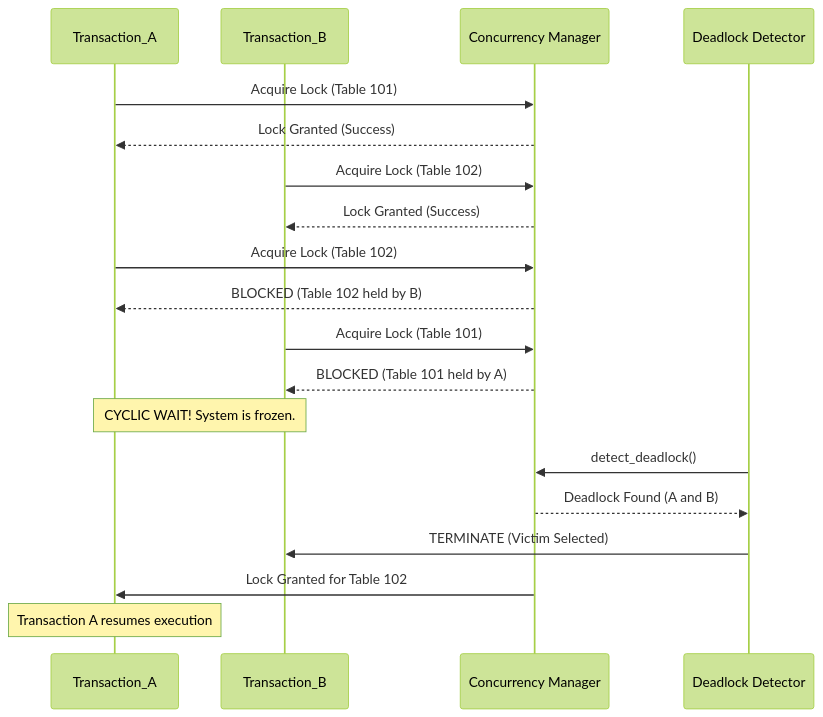
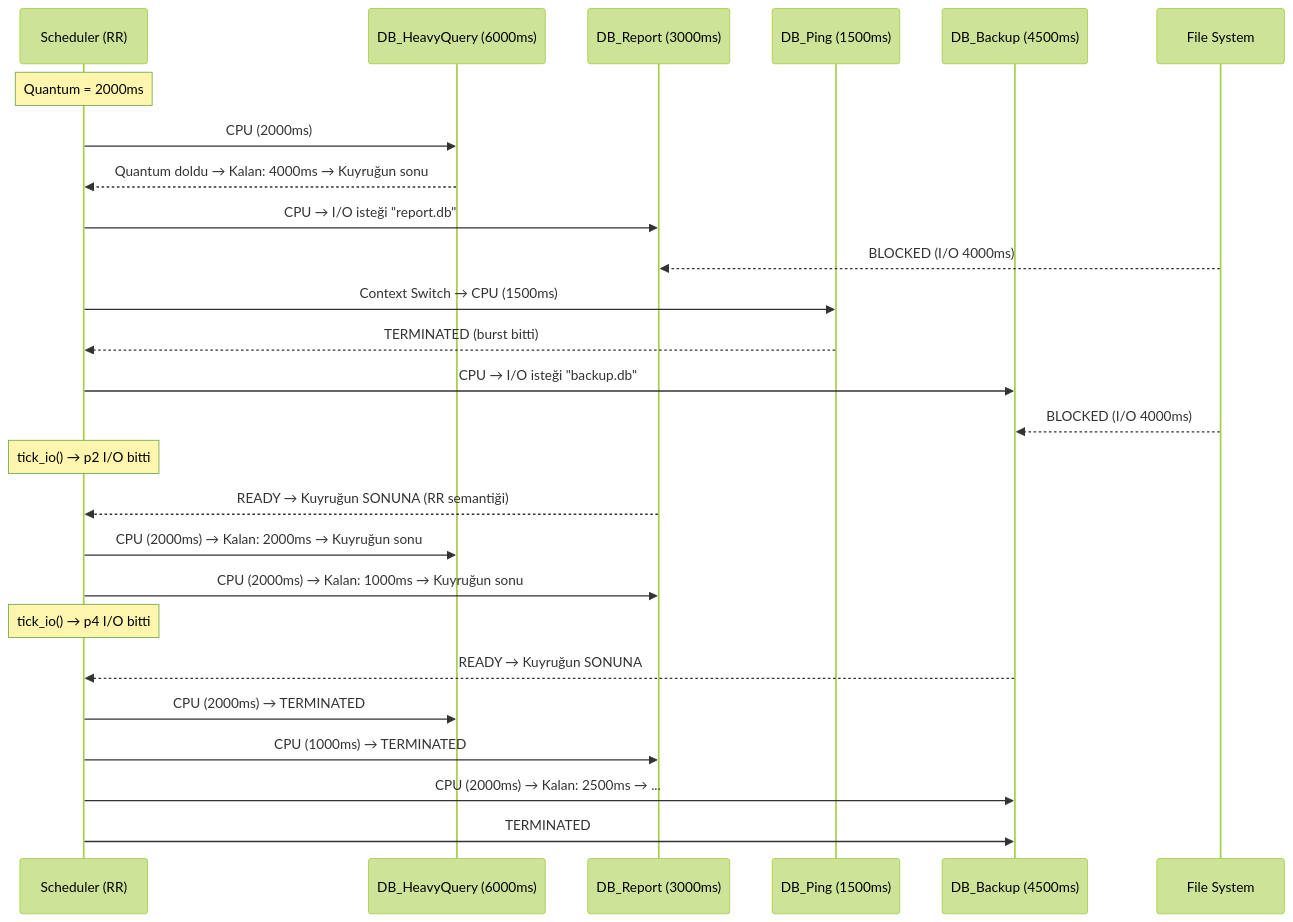
Before and after one commit to bilgisucempel/db-os-simulator: the fourth of 6 diagrams in README.md, drawn with Mermaid (forest theme). The commit also changed other lines of this file and 11 other files, not shown here.

````diff
--- a/README.md
+++ b/README.md
@@ -58,28 +186,36 @@
 ```mermaid
 sequenceDiagram
-    participant TA as Transaction_A
-    participant TB as Transaction_B
-    participant CM as Concurrency Manager
-    participant OS as Deadlock Detector
+    participant SCH as Scheduler (RR)
+    participant p1 as DB_HeavyQuery (6000ms)
+    participant p2 as DB_Report (3000ms)
+    participant p3 as DB_Ping (1500ms)
+    participant p4 as DB_Backup (4500ms)
+    participant FS as File System
 
-    TA->>CM: Acquire Lock (Table 101)
-    CM-->>TA: Lock Granted (Success)
-    
-    TB->>CM: Acquire Lock (Table 102)
-    CM-->>TB: Lock Granted (Success)
-    
-    TA->>CM: Acquire Lock (Table 102)
-    CM-->>TA: BLOCKED (Table 102 held by B)
-    
-    TB->>CM: Acquire Lock (Table 101)
-    CM-->>TB: BLOCKED (Table 101 held by A)
-    
-    Note over TA, TB: CYCLIC WAIT! System is frozen.
-    
-    OS->>CM: detect_deadlock()
-    CM-->>OS: Deadlock Found (A and B)
-    OS->>TB: TERMINATE (Victim Selected)
-    
-    CM->>TA: Lock Granted for Table 102
-    Note over TA: Transaction A resumes execution
+    Note over SCH: Quantum = 2000ms
+
+    SCH->>p1: CPU (2000ms)
+    p1-->>SCH: Quantum doldu → Kalan: 4000ms → Kuyruğun sonu
+
+    SCH->>p2: CPU → I/O isteği "report.db"
+    FS-->>p2: BLOCKED (I/O 4000ms)
+    SCH->>p3: Context Switch → CPU (1500ms)
+    p3-->>SCH: TERMINATED (burst bitti)
+
+    SCH->>p4: CPU → I/O isteği "backup.db"
+    FS-->>p4: BLOCKED (I/O 4000ms)
+
+    Note over SCH: tick_io() → p2 I/O bitti
+    p2-->>SCH: READY → Kuyruğun SONUNA (RR semantiği)
+
+    SCH->>p1: CPU (2000ms) → Kalan: 2000ms → Kuyruğun sonu
+    SCH->>p2: CPU (2000ms) → Kalan: 1000ms → Kuyruğun sonu
+
+    Note over SCH: tick_io() → p4 I/O bitti
+    p4-->>SCH: READY → Kuyruğun SONUNA
+
+    SCH->>p1: CPU (2000ms) → TERMINATED
+    SCH->>p2: CPU (1000ms) → TERMINATED
+    SCH->>p4: CPU (2000ms) → Kalan: 2500ms → ...
+    SCH->>p4: TERMINATED
 ```
````
